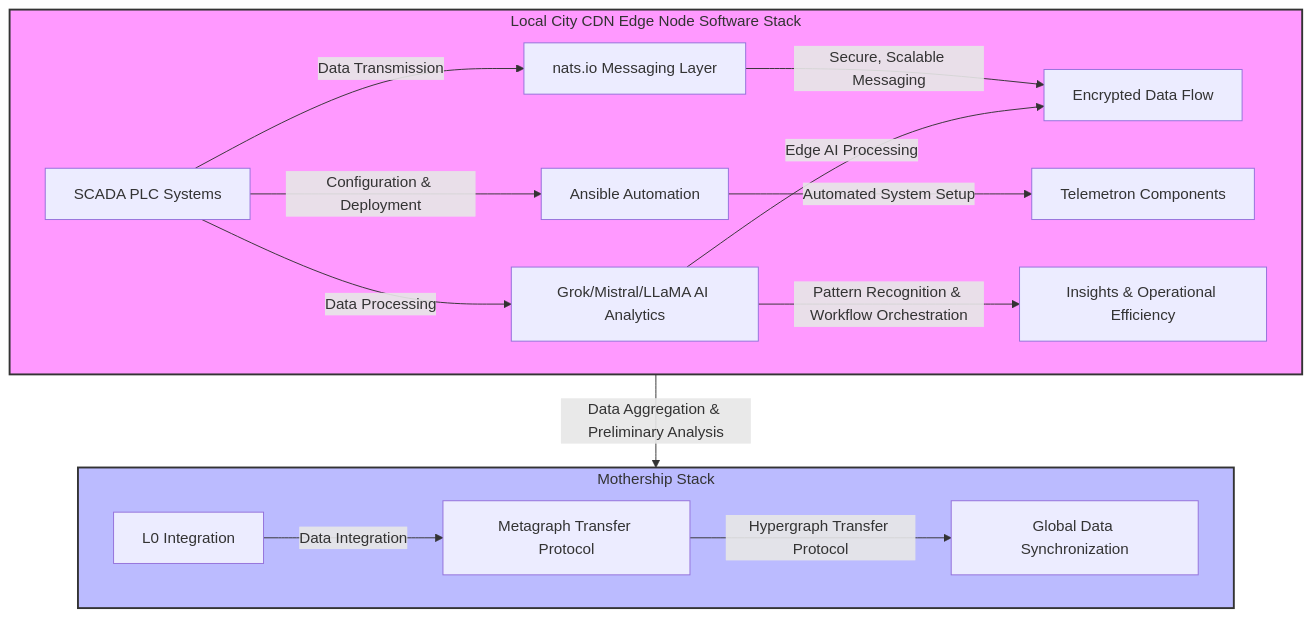
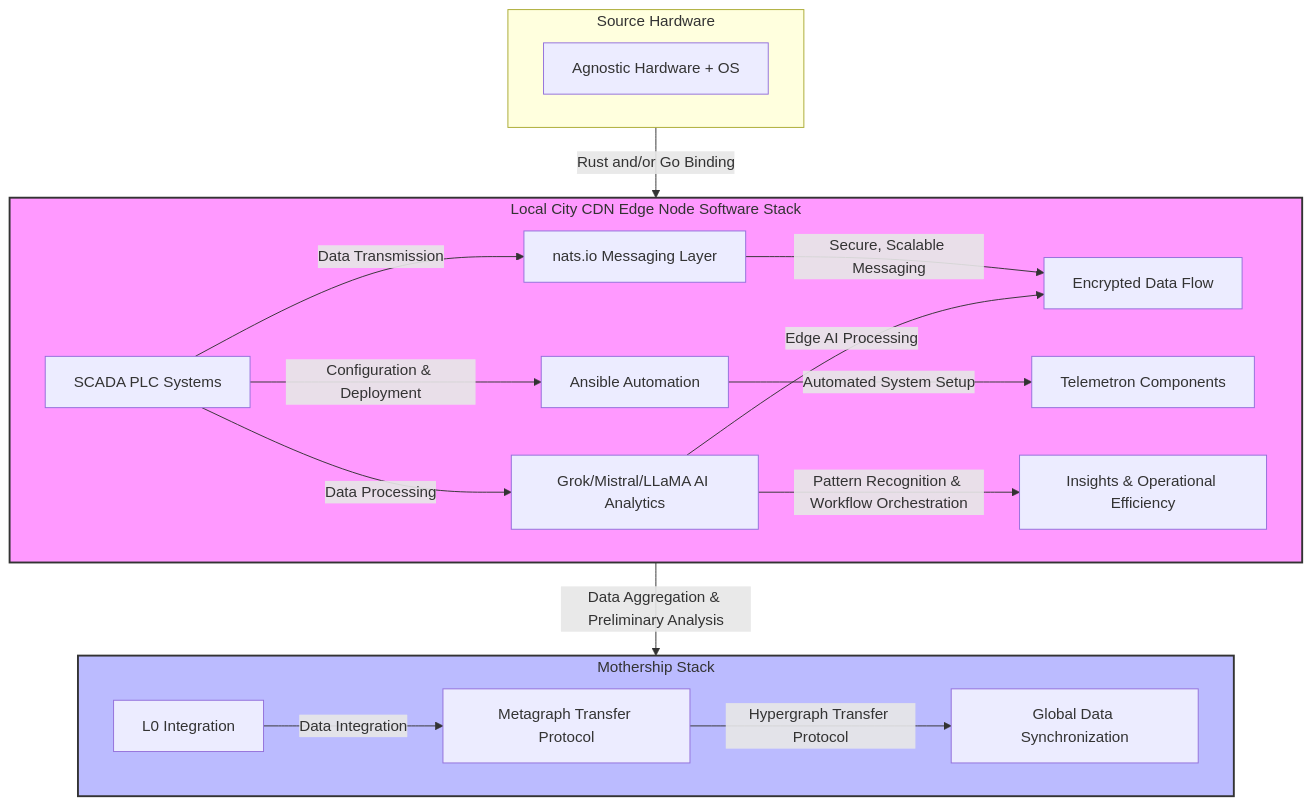
Before and after one commit to Eden-Advisory/sbir-6913G624QSBIR2: the diagram in README.md, drawn with Mermaid.

Commit message:
design: add agnostic hardware binding visualization

````diff
--- a/README.md
+++ b/README.md
@@ -28,27 +28,32 @@
 ```mermaid
 graph TD;
+    subgraph SourceSystem["Source Hardware"]
+        Z[Agnostic Hardware + OS]
+    end
+
     subgraph EdgeStack["Local City CDN Edge Node Software Stack"]
         A[SCADA PLC Systems] -->|Data Transmission| B[nats.io Messaging Layer]
         B -->|Secure, Scalable Messaging| C[Encrypted Data Flow]
         
         A -->|Configuration & Deployment| D[Ansible Automation]
         D -->|Automated System Setup| E[Telemetron Components]
         
         A -->|Data Processing| F[Grok/Mistral/LLaMA AI Analytics]
         F -->|Pattern Recognition & Workflow Orchestration| G[Insights & Operational Efficiency]
         
         F -->|Edge AI Processing| C
     end
     
     subgraph MothershipStack["Mothership Stack"]
         H[L0 Integration] -->|Data Integration| I[Metagraph Transfer Protocol]
         I -->|Hypergraph Transfer Protocol| J[Global Data Synchronization]
     end
     
     EdgeStack -->|Data Aggregation & Preliminary Analysis| MothershipStack
+    SourceSystem -->|Rust and/or Go Binding| EdgeStack
     
     classDef edge fill:#f9f,stroke:#333,stroke-width:2px;
     classDef mothership fill:#bbf,stroke:#333,stroke-width:2px;
     class EdgeStack edge;
     class MothershipStack mothership;
 ```
````
